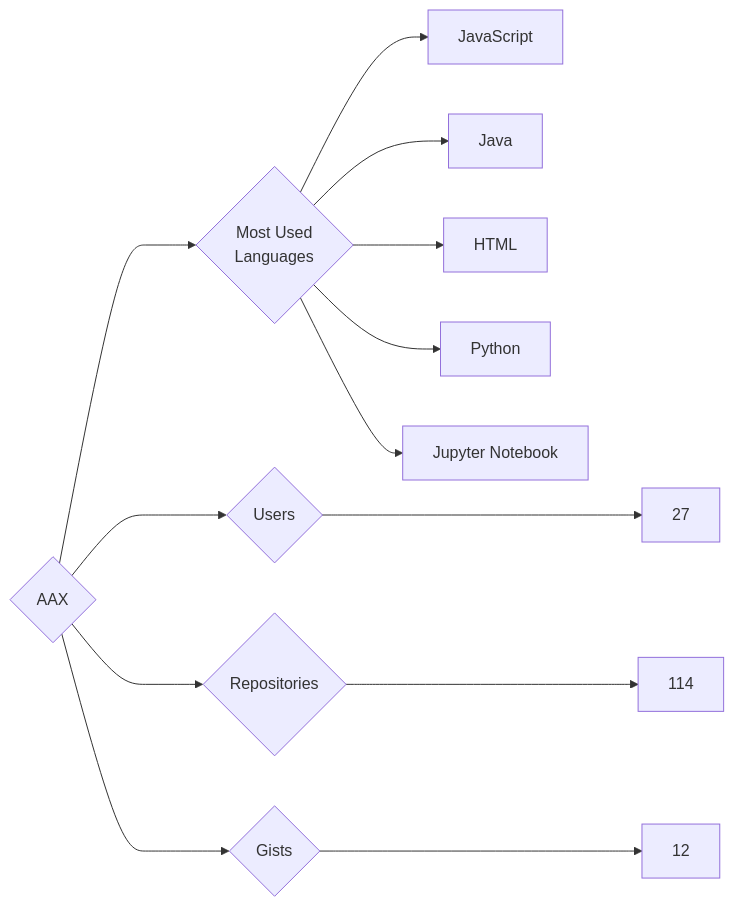
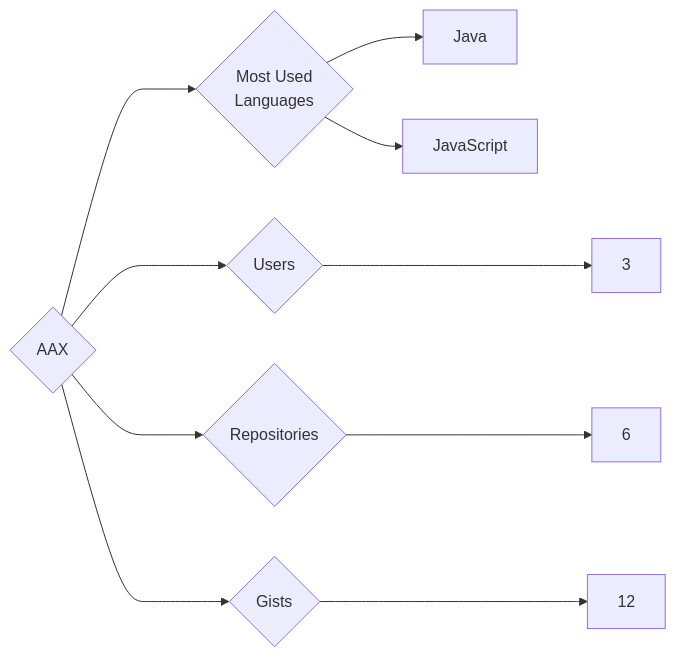
Before and after one commit to trickest/insiders: the diagram in targets/AAX/README.md, drawn with Mermaid. The commit also changed 1088 other files, not shown here.

````diff
--- a/targets/AAX/README.md
+++ b/targets/AAX/README.md
@@ -3,13 +3,10 @@
 ```mermaid
 graph LR
 COMPANY_NAME{AAX}
-COMPANY_NAME ---> U{Users} ---> UN[27]
-COMPANY_NAME ---> R{Repositories} ---> RN[114]
+COMPANY_NAME ---> U{Users} ---> UN[3]
+COMPANY_NAME ---> R{Repositories} ---> RN[6]
 COMPANY_NAME ---> G{Gists} ---> GN[12]
 COMPANY_NAME ---> ML{Most Used<br>Languages}
+ML --> Java[Java]
 ML --> JavaScript[JavaScript]
-ML --> Java[Java]
-ML --> HTML[HTML]
-ML --> Python[Python]
-ML --> Jupyter_Notebook[Jupyter Notebook]
 ```
````
